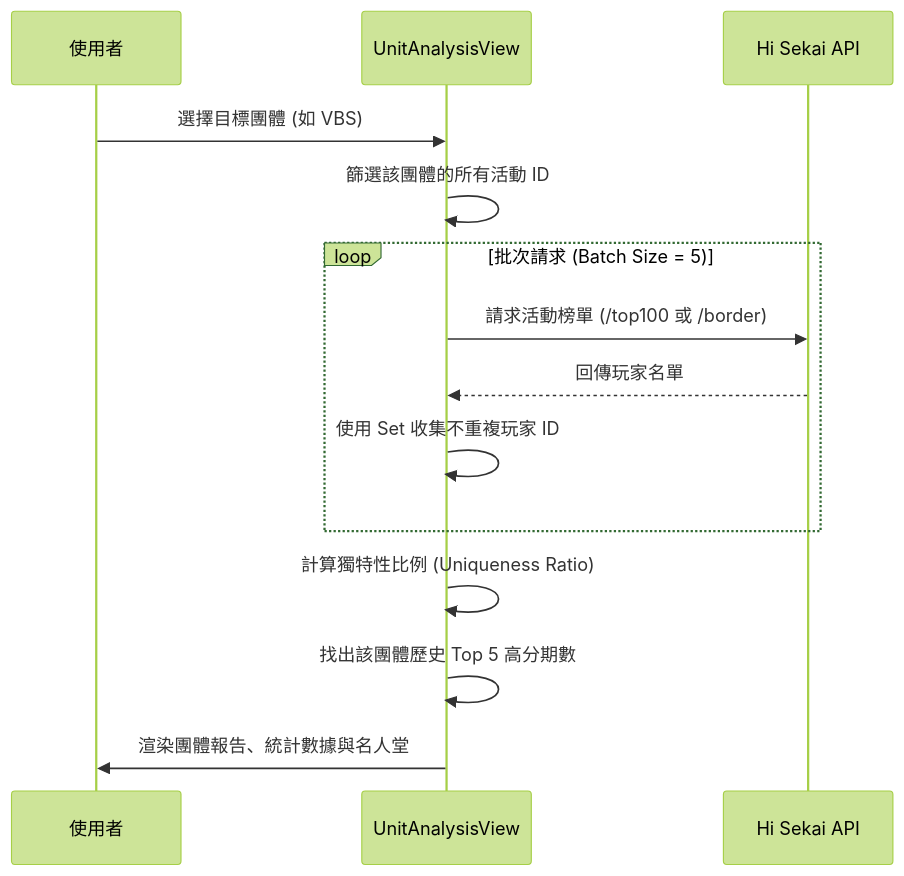
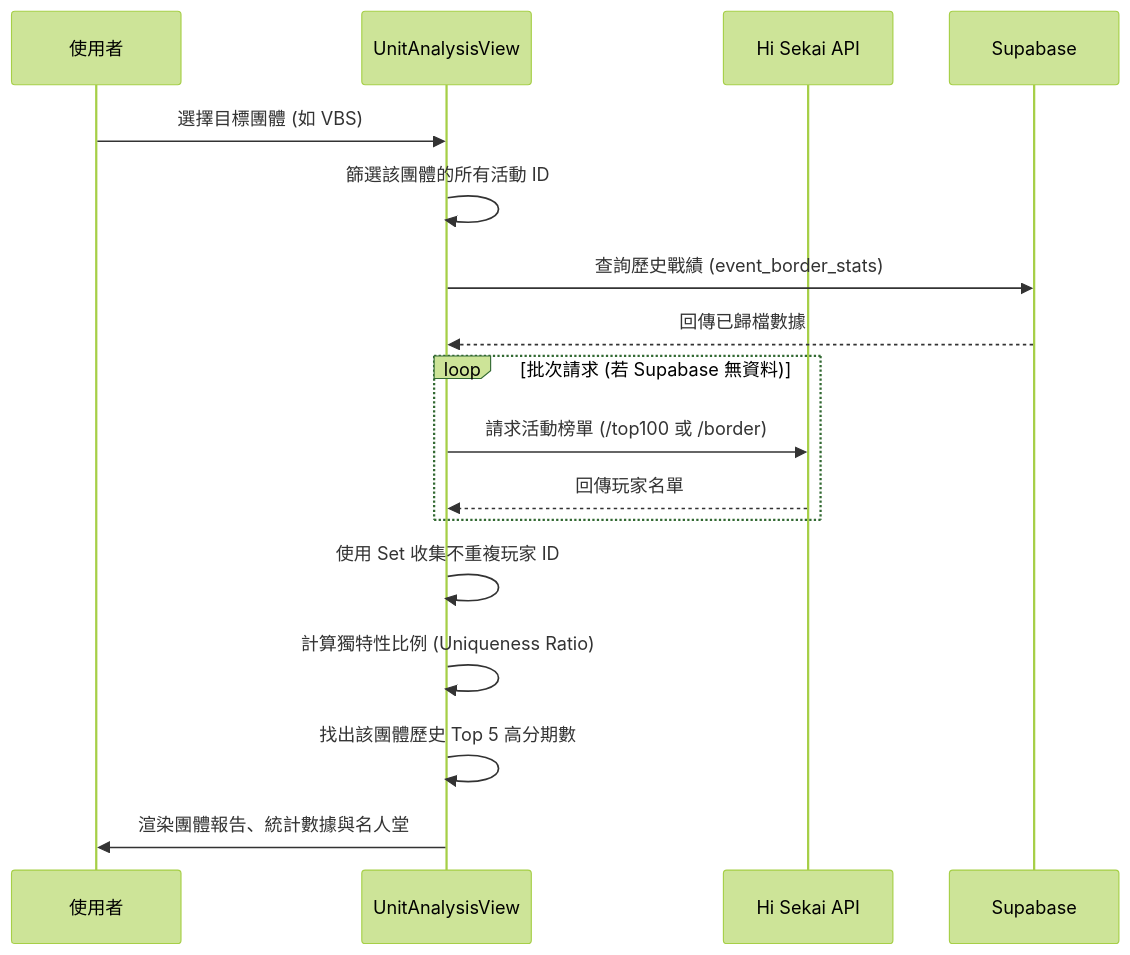
One commit to rockzerox/Project-Sekai-Ranking changed the diagram in docs/PAGE_UNIT_ANALYSIS.md. Above: the diagram before and after it, drawn with Mermaid (forest theme). The commit also changed other lines of this file and 65 other files, not shown here.

````diff
--- a/docs/PAGE_UNIT_ANALYSIS.md
+++ b/docs/PAGE_UNIT_ANALYSIS.md
@@ -70,17 +73,20 @@
 ```mermaid
 sequenceDiagram
     participant User as 使用者
     participant View as UnitAnalysisView
     participant API as Hi Sekai API
+    participant DB as Supabase
 
     User->>View: 選擇目標團體 (如 VBS)
     View->>View: 篩選該團體的所有活動 ID
-    loop 批次請求 (Batch Size = 5)
+    View->>DB: 查詢歷史戰績 (event_border_stats)
+    DB-->>View: 回傳已歸檔數據
+    loop 批次請求 (若 Supabase 無資料)
         View->>API: 請求活動榜單 (/top100 或 /border)
         API-->>View: 回傳玩家名單
-        View->>View: 使用 Set 收集不重複玩家 ID
     end
+    View->>View: 使用 Set 收集不重複玩家 ID
     View->>View: 計算獨特性比例 (Uniqueness Ratio)
     View->>View: 找出該團體歷史 Top 5 高分期數
     View->>User: 渲染團體報告、統計數據與名人堂
 ```
````
